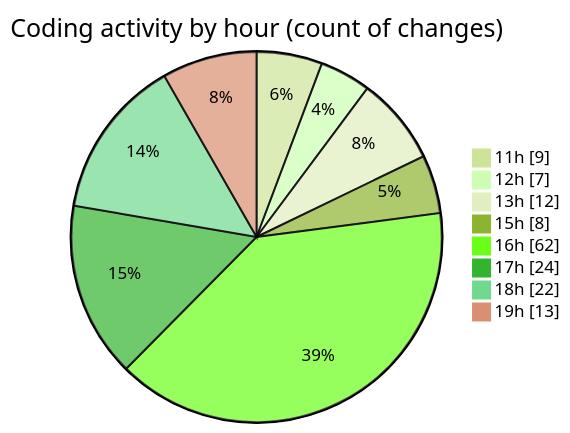
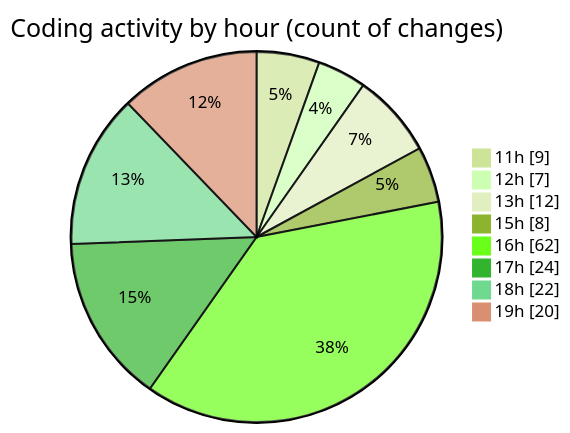
One commit to EIIisD/code-tracking changed the second of 2 diagrams in 2025-08-07/ribbon/README.md. Above: the diagram before and after it, drawn with Mermaid (forest theme). The commit also changed other lines of this file and 1 other file, not shown here.

````diff
--- a/2025-08-07/ribbon/README.md
+++ b/2025-08-07/ribbon/README.md
@@ -49,12 +50,12 @@
 ```mermaid
 pie showData
 title Coding activity by hour (count of changes)
 "11h" : 9
 "12h" : 7
 "13h" : 12
 "15h" : 8
 "16h" : 62
 "17h" : 24
 "18h" : 22
-"19h" : 13
+"19h" : 20
 ```
````
